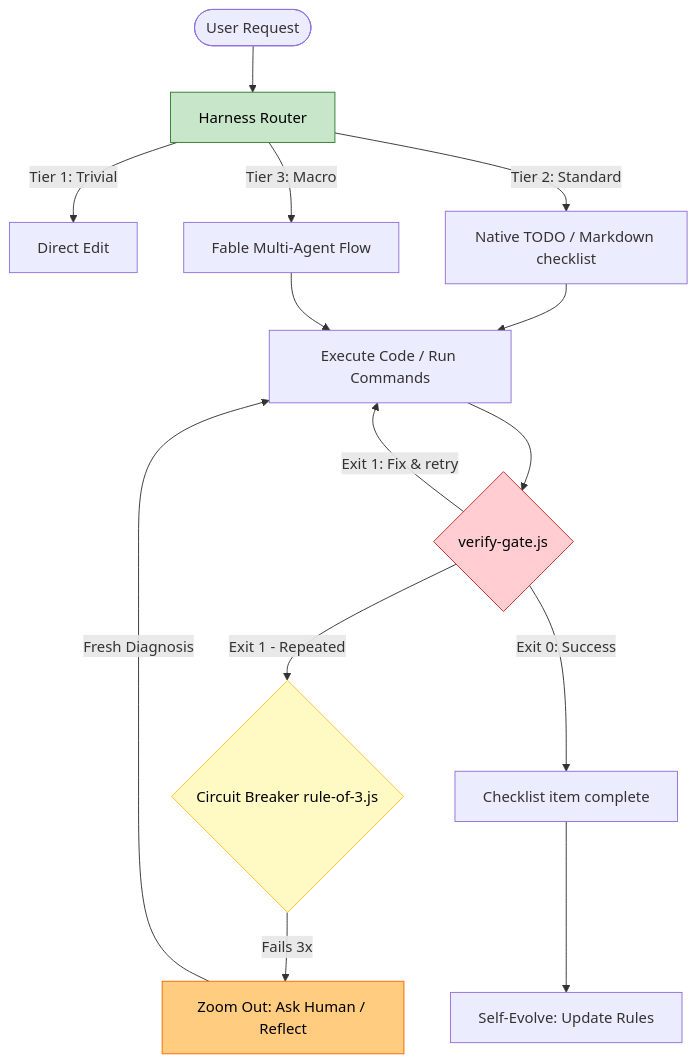
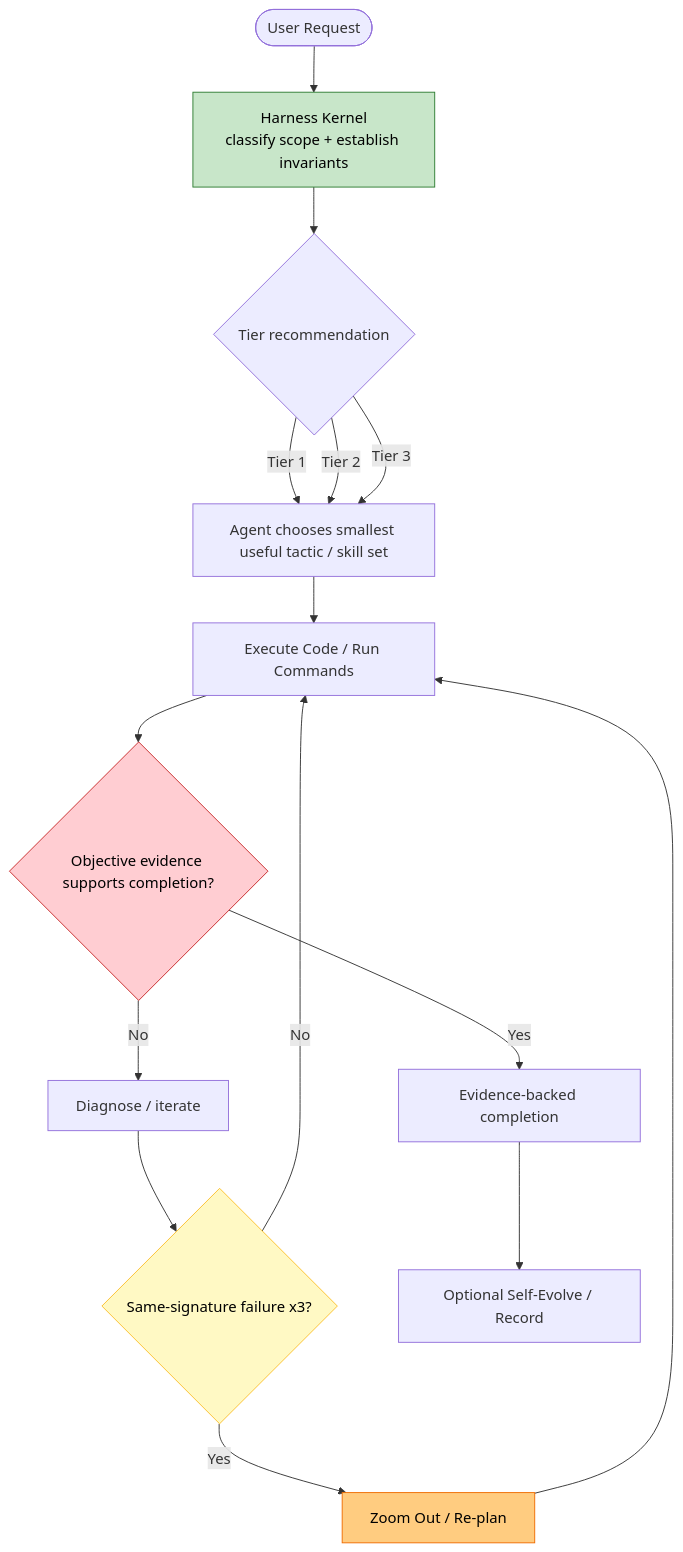
Before and after one commit to dyphn1/Harness-everything: the second of 2 diagrams in README.md, drawn with Mermaid. The commit also changed other lines of this file and 16 other files, not shown here.

First line of the commit message:
refactor(router): enforce invariants, not workflow order

````diff
--- a/README.md
+++ b/README.md
@@ -104,22 +107,21 @@
 ```mermaid
 flowchart TD
-    U([User Request]) --> H_Router[Harness Router]
-    H_Router -->|Tier 1: Trivial| T1[Direct Edit]
-    H_Router -->|Tier 2: Standard| T2["Native TODO / Markdown checklist"]
-    H_Router -->|Tier 3: Macro| T3[Fable Multi-Agent Flow]
-    
-    T2 & T3 --> Exec[Execute Code / Run Commands]
-    Exec --> Gate{verify-gate.js}
-    
-    Gate -->|Exit 1: Fix & retry| Exec
-    Gate -->|Exit 1 - Repeated| CB{Circuit Breaker rule-of-3.js}
-    CB -->|Fails 3x| ZO[Zoom Out: Ask Human / Reflect]
-    ZO -->|Fresh Diagnosis| Exec
-    Gate -->|Exit 0: Success| Done[Checklist item complete]
-    
-    Done --> SE[Self-Evolve: Update Rules]
-    style H_Router fill:#c8e6c9,stroke:#2e7d32,stroke-width:1px,color:#000000
+    U([User Request]) --> K[Harness Kernel<br/>classify scope + establish invariants]
+    K --> T{Tier recommendation}
+    T -->|Tier 1| A[Agent chooses smallest useful tactic / skill set]
+    T -->|Tier 2| A
+    T -->|Tier 3| A
+    A --> Exec[Execute Code / Run Commands]
+    Exec --> Gate{Objective evidence supports completion?}
+    Gate -->|No| Retry[Diagnose / iterate]
+    Retry --> CB{Same-signature failure x3?}
+    CB -->|No| Exec
+    CB -->|Yes| ZO[Zoom Out / Re-plan]
+    ZO --> Exec
+    Gate -->|Yes| Done[Evidence-backed completion]
+    Done --> SE[Optional Self-Evolve / Record]
+    style K fill:#c8e6c9,stroke:#2e7d32,stroke-width:1px,color:#000000
     style CB fill:#fff9c4,stroke:#fbc02d,stroke-width:1px,color:#000000
     style ZO fill:#ffcc80,stroke:#ef6c00,stroke-width:1px,color:#000000
     style Gate fill:#ffcdd2,stroke:#c62828,stroke-width:1px,color:#000000
 ```
````
